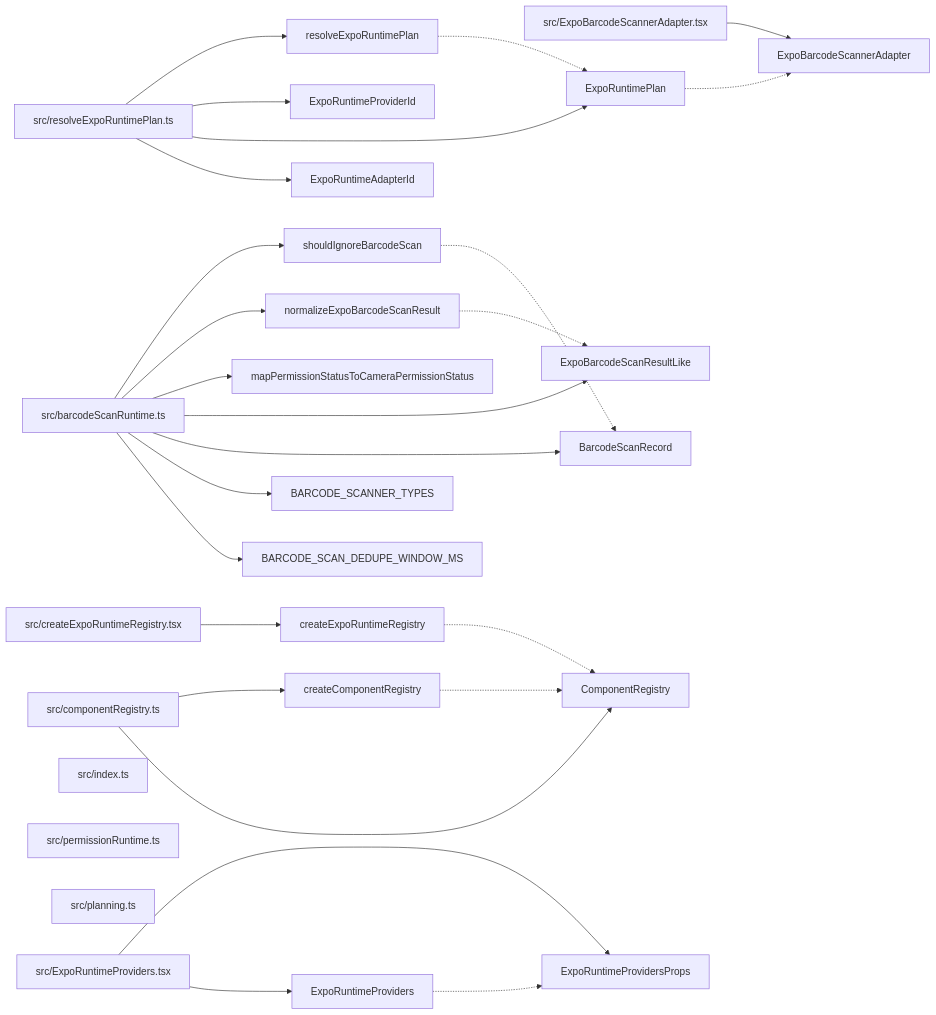
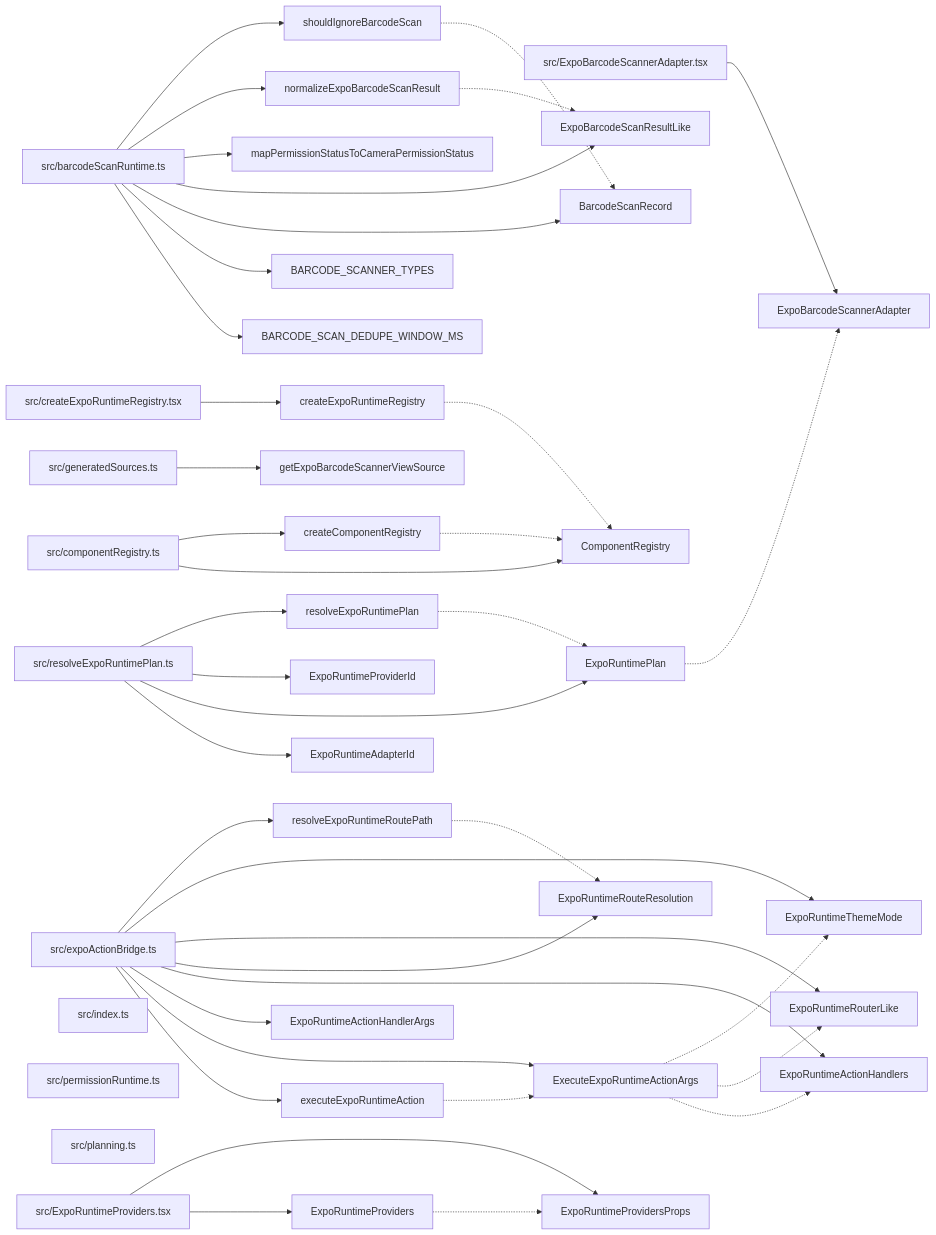
The diagram in paradox/diagrams/export-graph.mmd (ankhorage/expo-runtime), drawn with Mermaid before and after one commit. The commit also changed 10 other files, not shown here.

```diff
--- a/paradox/diagrams/export-graph.mmd
+++ b/paradox/diagrams/export-graph.mmd
@@ -1,51 +1,76 @@
 graph LR
   module_src_barcodeScanRuntime_ts["src/barcodeScanRuntime.ts"]
   module_src_componentRegistry_ts["src/componentRegistry.ts"]
   module_src_createExpoRuntimeRegistry_tsx["src/createExpoRuntimeRegistry.tsx"]
+  module_src_expoActionBridge_ts["src/expoActionBridge.ts"]
   module_src_ExpoBarcodeScannerAdapter_tsx["src/ExpoBarcodeScannerAdapter.tsx"]
   module_src_ExpoRuntimeProviders_tsx["src/ExpoRuntimeProviders.tsx"]
+  module_src_generatedSources_ts["src/generatedSources.ts"]
   module_src_index_ts["src/index.ts"]
   module_src_permissionRuntime_ts["src/permissionRuntime.ts"]
   module_src_planning_ts["src/planning.ts"]
   module_src_resolveExpoRuntimePlan_ts["src/resolveExpoRuntimePlan.ts"]
   export_BARCODE_SCAN_DEDUPE_WINDOW_MS["BARCODE_SCAN_DEDUPE_WINDOW_MS"]
   module_src_barcodeScanRuntime_ts --> export_BARCODE_SCAN_DEDUPE_WINDOW_MS
   export_BARCODE_SCANNER_TYPES["BARCODE_SCANNER_TYPES"]
   module_src_barcodeScanRuntime_ts --> export_BARCODE_SCANNER_TYPES
   export_BarcodeScanRecord["BarcodeScanRecord"]
   module_src_barcodeScanRuntime_ts --> export_BarcodeScanRecord
   export_ComponentRegistry["ComponentRegistry"]
   module_src_componentRegistry_ts --> export_ComponentRegistry
   export_createComponentRegistry["createComponentRegistry"]
   module_src_componentRegistry_ts --> export_createComponentRegistry
   export_createComponentRegistry -.-> export_ComponentRegistry
   export_createExpoRuntimeRegistry["createExpoRuntimeRegistry"]
   module_src_createExpoRuntimeRegistry_tsx --> export_createExpoRuntimeRegistry
   export_createExpoRuntimeRegistry -.-> export_ComponentRegistry
+  export_executeExpoRuntimeAction["executeExpoRuntimeAction"]
+  module_src_expoActionBridge_ts --> export_executeExpoRuntimeAction
+  export_executeExpoRuntimeAction -.-> export_ExecuteExpoRuntimeActionArgs
+  export_ExecuteExpoRuntimeActionArgs["ExecuteExpoRuntimeActionArgs"]
+  module_src_expoActionBridge_ts --> export_ExecuteExpoRuntimeActionArgs
+  export_ExecuteExpoRuntimeActionArgs -.-> export_ExpoRuntimeActionHandlers
+  export_ExecuteExpoRuntimeActionArgs -.-> export_ExpoRuntimeRouterLike
+  export_ExecuteExpoRuntimeActionArgs -.-> export_ExpoRuntimeThemeMode
   export_ExpoBarcodeScannerAdapter["ExpoBarcodeScannerAdapter"]
   module_src_ExpoBarcodeScannerAdapter_tsx --> export_ExpoBarcodeScannerAdapter
   export_ExpoBarcodeScanResultLike["ExpoBarcodeScanResultLike"]
   module_src_barcodeScanRuntime_ts --> export_ExpoBarcodeScanResultLike
+  export_ExpoRuntimeActionHandlerArgs["ExpoRuntimeActionHandlerArgs"]
+  module_src_expoActionBridge_ts --> export_ExpoRuntimeActionHandlerArgs
+  export_ExpoRuntimeActionHandlers["ExpoRuntimeActionHandlers"]
+  module_src_expoActionBridge_ts --> export_ExpoRuntimeActionHandlers
   export_ExpoRuntimeAdapterId["ExpoRuntimeAdapterId"]
   module_src_resolveExpoRuntimePlan_ts --> export_ExpoRuntimeAdapterId
   export_ExpoRuntimePlan["ExpoRuntimePlan"]
   module_src_resolveExpoRuntimePlan_ts --> export_ExpoRuntimePlan
   export_ExpoRuntimePlan -.-> export_ExpoBarcodeScannerAdapter
   export_ExpoRuntimeProviderId["ExpoRuntimeProviderId"]
   module_src_resolveExpoRuntimePlan_ts --> export_ExpoRuntimeProviderId
   export_ExpoRuntimeProviders["ExpoRuntimeProviders"]
   module_src_ExpoRuntimeProviders_tsx --> export_ExpoRuntimeProviders
   export_ExpoRuntimeProviders -.-> export_ExpoRuntimeProvidersProps
   export_ExpoRuntimeProvidersProps["ExpoRuntimeProvidersProps"]
   module_src_ExpoRuntimeProviders_tsx --> export_ExpoRuntimeProvidersProps
+  export_ExpoRuntimeRouteResolution["ExpoRuntimeRouteResolution"]
+  module_src_expoActionBridge_ts --> export_ExpoRuntimeRouteResolution
+  export_ExpoRuntimeRouterLike["ExpoRuntimeRouterLike"]
+  module_src_expoActionBridge_ts --> export_ExpoRuntimeRouterLike
+  export_ExpoRuntimeThemeMode["ExpoRuntimeThemeMode"]
+  module_src_expoActionBridge_ts --> export_ExpoRuntimeThemeMode
+  export_getExpoBarcodeScannerViewSource["getExpoBarcodeScannerViewSource"]
+  module_src_generatedSources_ts --> export_getExpoBarcodeScannerViewSource
   export_mapPermissionStatusToCameraPermissionStatus["mapPermissionStatusToCameraPermissionStatus"]
   module_src_barcodeScanRuntime_ts --> export_mapPermissionStatusToCameraPermissionStatus
   export_normalizeExpoBarcodeScanResult["normalizeExpoBarcodeScanResult"]
   module_src_barcodeScanRuntime_ts --> export_normalizeExpoBarcodeScanResult
   export_normalizeExpoBarcodeScanResult -.-> export_ExpoBarcodeScanResultLike
   export_resolveExpoRuntimePlan["resolveExpoRuntimePlan"]
   module_src_resolveExpoRuntimePlan_ts --> export_resolveExpoRuntimePlan
   export_resolveExpoRuntimePlan -.-> export_ExpoRuntimePlan
+  export_resolveExpoRuntimeRoutePath["resolveExpoRuntimeRoutePath"]
+  module_src_expoActionBridge_ts --> export_resolveExpoRuntimeRoutePath
+  export_resolveExpoRuntimeRoutePath -.-> export_ExpoRuntimeRouteResolution
   export_shouldIgnoreBarcodeScan["shouldIgnoreBarcodeScan"]
   module_src_barcodeScanRuntime_ts --> export_shouldIgnoreBarcodeScan
   export_shouldIgnoreBarcodeScan -.-> export_BarcodeScanRecord
```
